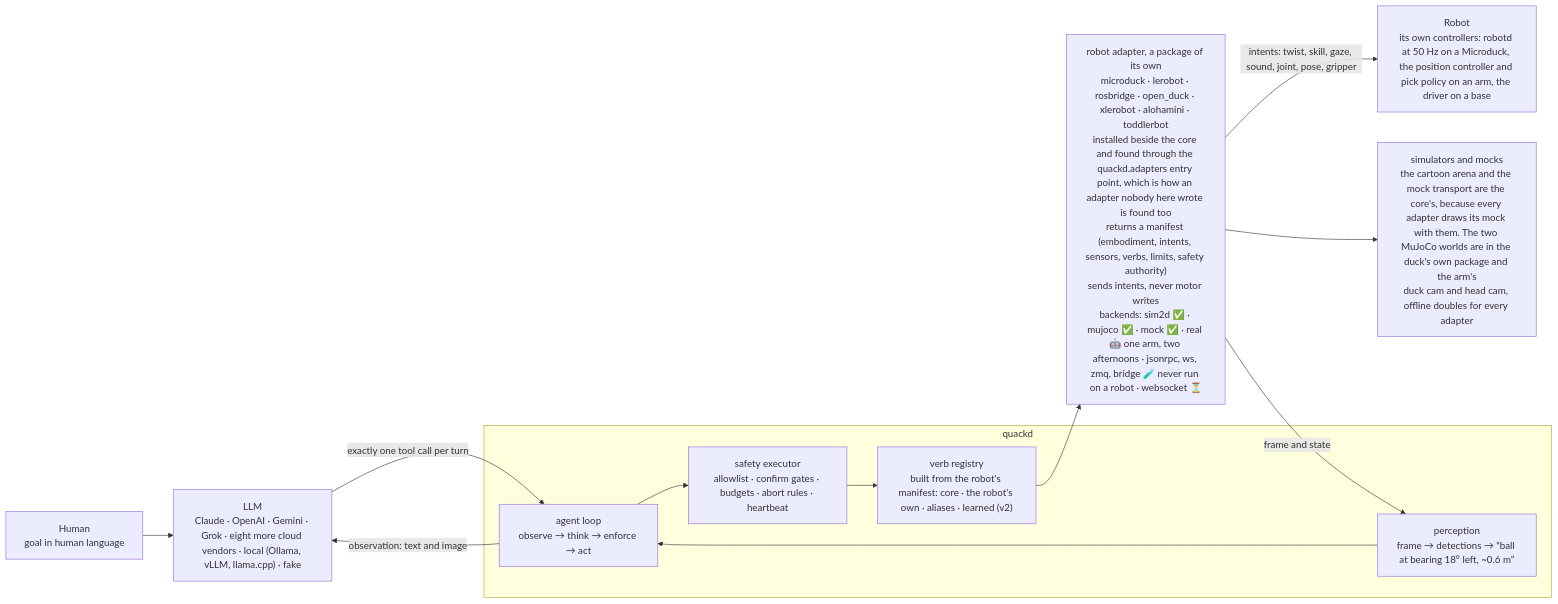
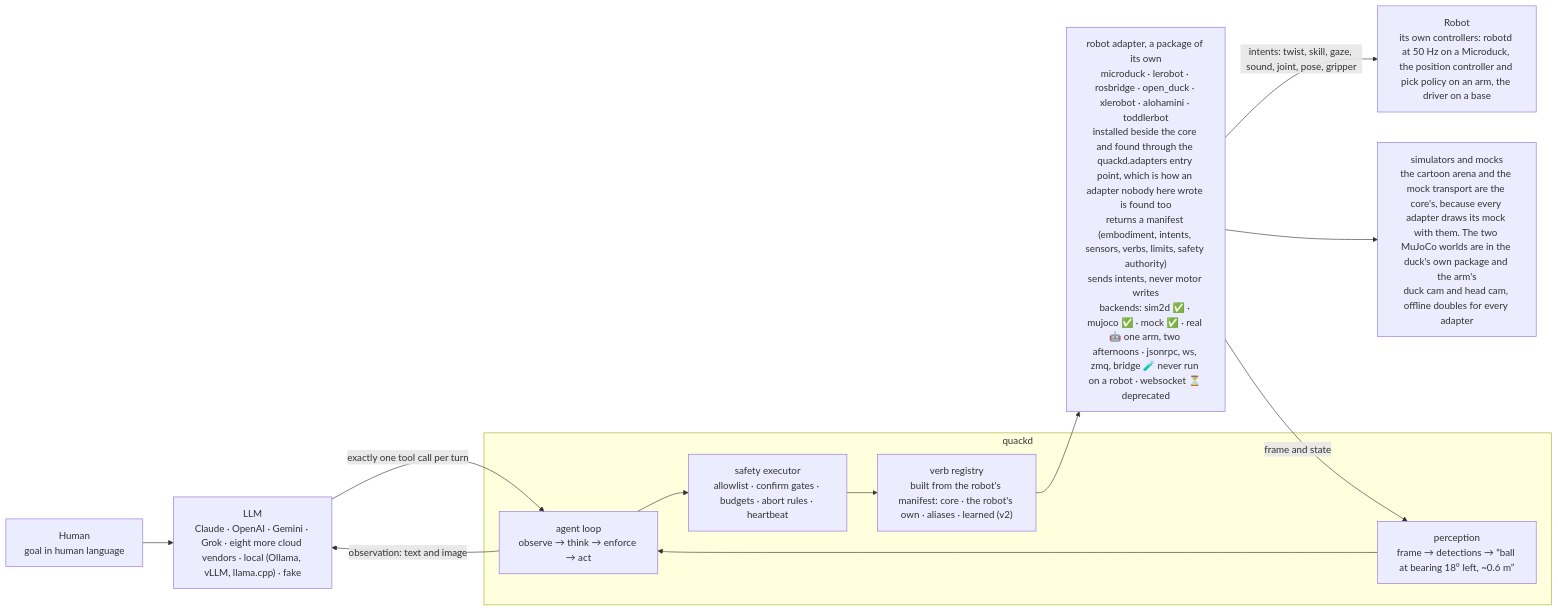
Before and after one commit to rokbenko/quackd: the second of 2 diagrams in README.md, drawn with Mermaid. The commit also changed other lines of this file and 15 other files, not shown here.

````diff
--- a/README.md
+++ b/README.md
@@ -527,21 +527,21 @@
 ```mermaid
 flowchart LR
     HUMAN["Human<br/>goal in human language"]
     LLM["LLM<br/>Claude · OpenAI · Gemini · Grok · eight more cloud vendors · local (Ollama, vLLM, llama.cpp) · fake"]
     subgraph quackd
         LOOP["agent loop<br/>observe → think → enforce → act"]
         EXEC["safety executor<br/>allowlist · confirm gates · budgets · abort rules · heartbeat"]
         VERBS["verb registry<br/>built from the robot's manifest: core · the robot's own · aliases · learned (v2)"]
         PERC["perception<br/>frame → detections → “ball at bearing 18° left, ~0.6 m”"]
     end
-    ADAPTER["robot adapter, a package of its own<br/>microduck · lerobot · rosbridge · open_duck · xlerobot · alohamini · toddlerbot<br/>installed beside the core and found through the quackd.adapters entry point, which is how an adapter nobody here wrote is found too<br/>returns a manifest (embodiment, intents, sensors, verbs, limits, safety authority)<br/>sends intents, never motor writes<br/>backends: sim2d ✅ · mujoco ✅ · mock ✅ · real 🤖 one arm, two afternoons · jsonrpc, ws, zmq, bridge 🧪 never run on a robot · websocket ⏳"]
+    ADAPTER["robot adapter, a package of its own<br/>microduck · lerobot · rosbridge · open_duck · xlerobot · alohamini · toddlerbot<br/>installed beside the core and found through the quackd.adapters entry point, which is how an adapter nobody here wrote is found too<br/>returns a manifest (embodiment, intents, sensors, verbs, limits, safety authority)<br/>sends intents, never motor writes<br/>backends: sim2d ✅ · mujoco ✅ · mock ✅ · real 🤖 one arm, two afternoons · jsonrpc, ws, zmq, bridge 🧪 never run on a robot · websocket ⏳ deprecated"]
     ROBOT["Robot<br/>its own controllers: robotd at 50 Hz on a Microduck, the position controller and pick policy on an arm, the driver on a base"]
     SIM["simulators and mocks<br/>the cartoon arena and the mock transport are the core's, because every adapter draws its mock with them. The two MuJoCo worlds are in the duck's own package and the arm's<br/>duck cam and head cam, offline doubles for every adapter"]
     HUMAN --> LLM
     LLM -- "exactly one tool call per turn" --> LOOP
     LOOP --> EXEC --> VERBS --> ADAPTER
     ADAPTER -- "intents: twist, skill, gaze, sound, joint, pose, gripper" --> ROBOT
     ADAPTER --> SIM
     ADAPTER -- "frame and state" --> PERC --> LOOP
     LOOP -- "observation: text and image" --> LLM
 ```
````
